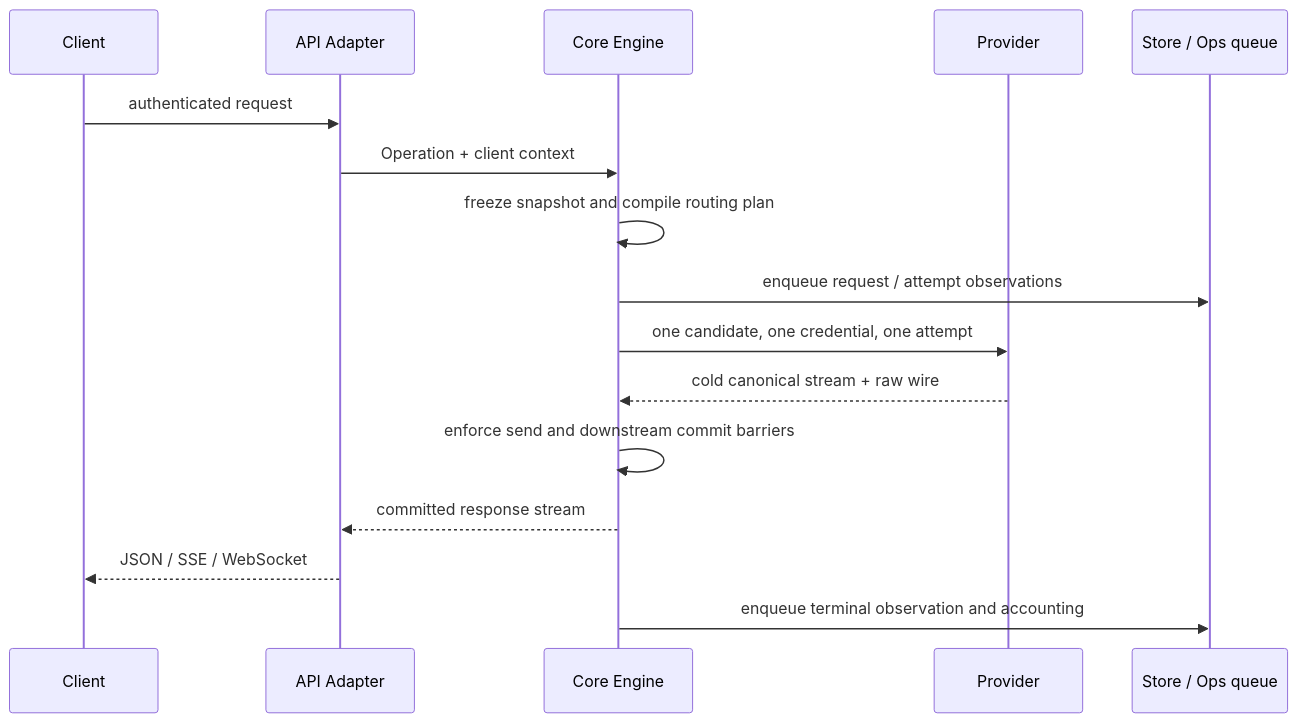
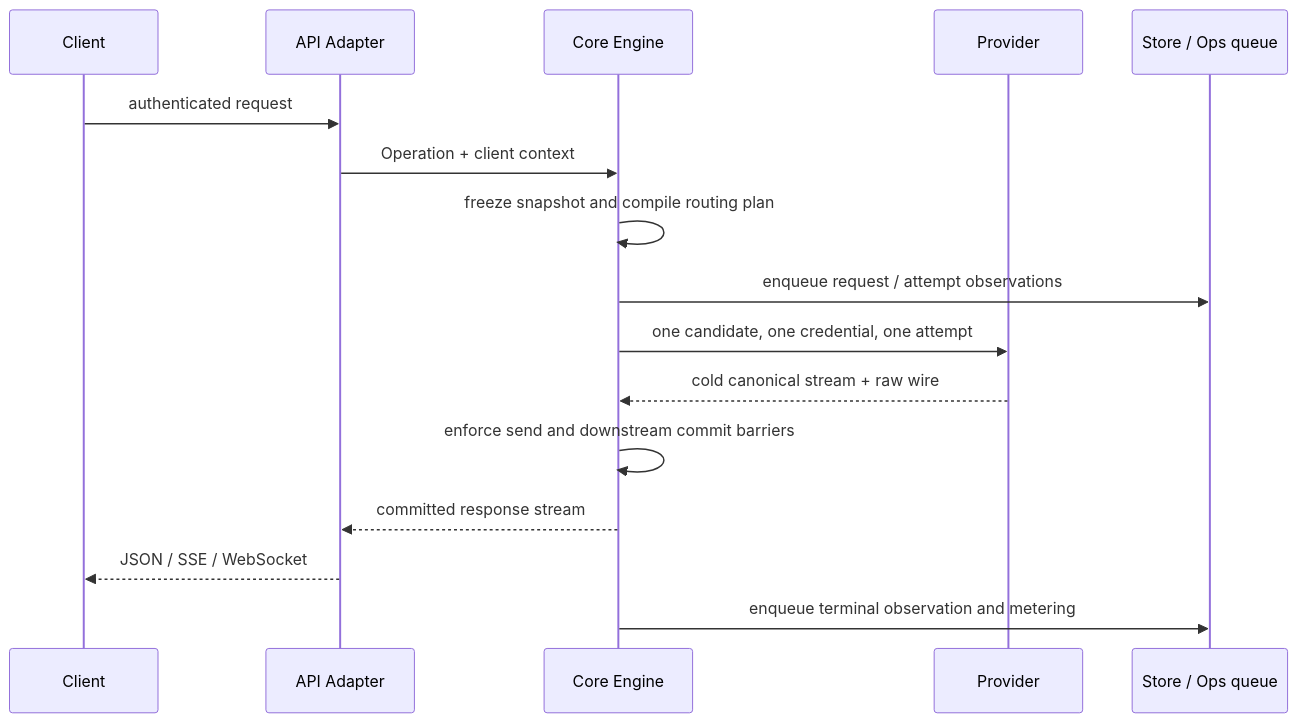
One commit to zyycn/codex-proxy-rs changed the second of 2 diagrams in docs/architecture.md. Above: the diagram before and after it, drawn with Mermaid. The commit also changed other lines of this file and 168 other files, not shown here.

````diff
--- a/docs/architecture.md
+++ b/docs/architecture.md
@@ -80,19 +109,19 @@
 ```mermaid
 sequenceDiagram
   participant C as Client
   participant A as API Adapter
   participant E as Core Engine
   participant P as Provider
   participant S as Store / Ops queue
 
   C->>A: authenticated request
   A->>E: Operation + client context
   E->>E: freeze snapshot and compile routing plan
   E->>S: enqueue request / attempt observations
   E->>P: one candidate, one credential, one attempt
   P-->>E: cold canonical stream + raw wire
   E->>E: enforce send and downstream commit barriers
   E-->>A: committed response stream
   A-->>C: JSON / SSE / WebSocket
-  E->>S: enqueue terminal observation and accounting
+  E->>S: enqueue terminal observation and metering
 ```
````
